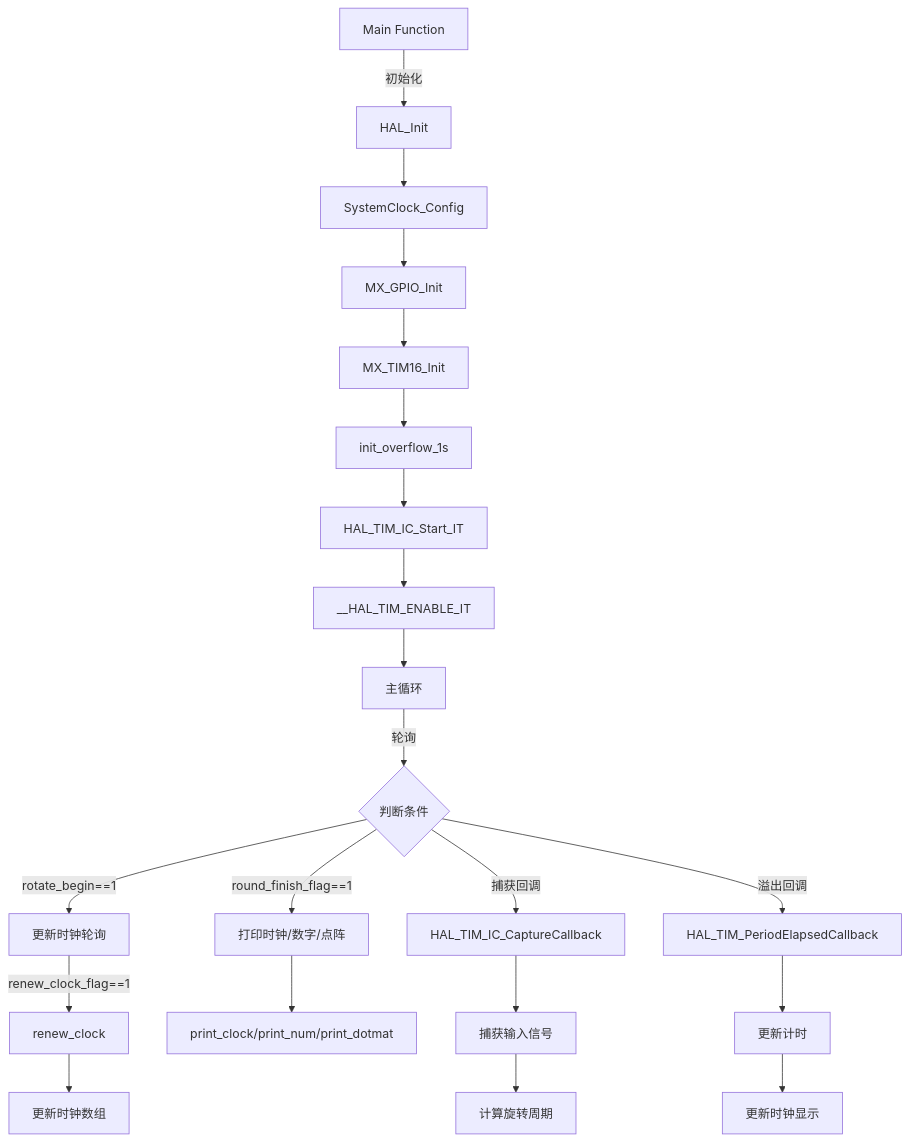
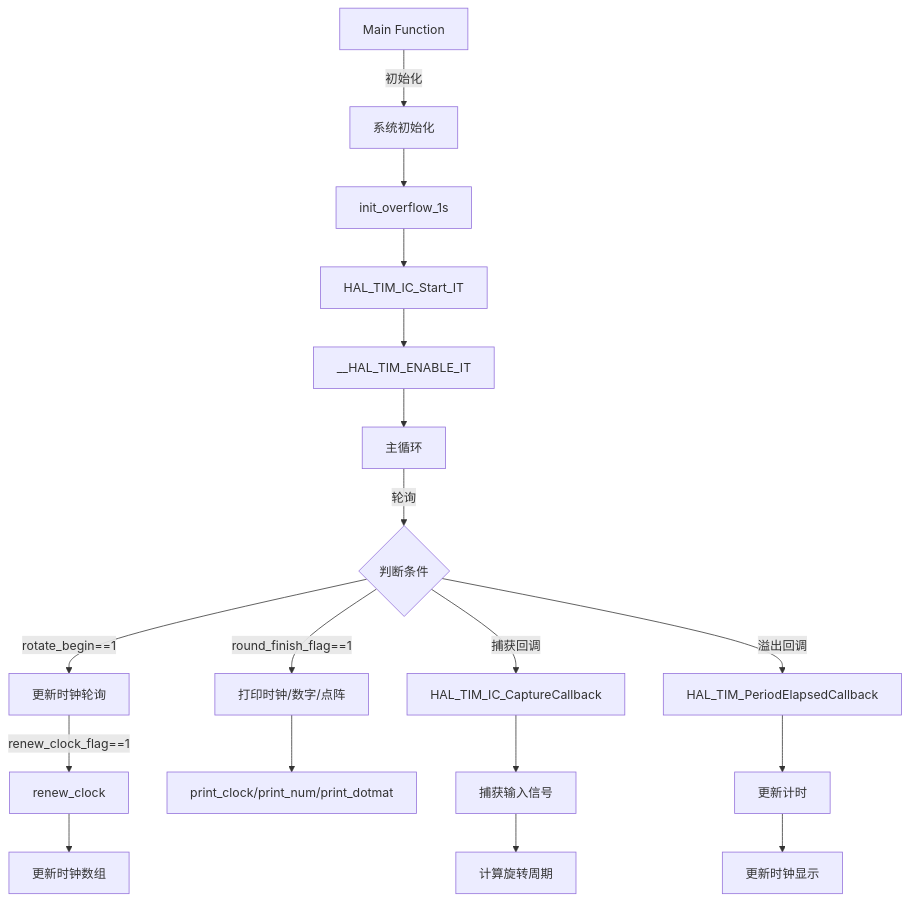
One commit to 0kitasan/STM32-project changed the diagram in project1/project1.md. Above: the diagram before and after it, drawn with Mermaid. The commit also changed other lines of this file, not shown here.

````diff
--- a/project1/project1.md
+++ b/project1/project1.md
@@ -277,28 +281,25 @@
 ```mermaid
 graph TD
-    A[Main Function] -->|初始化| B[HAL_Init]
-    B --> C[SystemClock_Config]
-    C --> D[MX_GPIO_Init]
-    D --> E[MX_TIM16_Init]
-    E --> F[init_overflow_1s]
-    F --> G[HAL_TIM_IC_Start_IT]
-    G --> H[__HAL_TIM_ENABLE_IT]
+    A[Main Function] -->|初始化| B[系统初始化]
+    B --> C[init_overflow_1s]
+    C --> D[HAL_TIM_IC_Start_IT]
+    D --> E[__HAL_TIM_ENABLE_IT]
 
-    H --> I[主循环]
-    I -->|轮询| J{判断条件}
-    J -->|rotate_begin==1| K[更新时钟轮询]
-    J -->|round_finish_flag==1| L[打印时钟/数字/点阵]
+    E --> F[主循环]
+    F -->|轮询| G{判断条件}
+    G -->|rotate_begin==1| H[更新时钟轮询]
+    G -->|round_finish_flag==1| I[打印时钟/数字/点阵]
 
-    K -->|renew_clock_flag==1| M[renew_clock]
-    M --> N[更新时钟数组]
+    H -->|renew_clock_flag==1| J[renew_clock]
+    J --> K[更新时钟数组]
 
-    L --> O[print_clock/print_num/print_dotmat]
+    I --> L[print_clock/print_num/print_dotmat]
 
-    J -->|捕获回调| P[HAL_TIM_IC_CaptureCallback]
-    P --> Q[捕获输入信号]
-    Q --> R[计算旋转周期]
+    G -->|捕获回调| M[HAL_TIM_IC_CaptureCallback]
+    M --> N[捕获输入信号]
+    N --> O[计算旋转周期]
 
-    J -->|溢出回调| S[HAL_TIM_PeriodElapsedCallback]
-    S --> T[更新计时]
-    T --> U[更新时钟显示]
+    G -->|溢出回调| P[HAL_TIM_PeriodElapsedCallback]
+    P --> Q[更新计时]
+    Q --> R[更新时钟显示]
 ```
````
